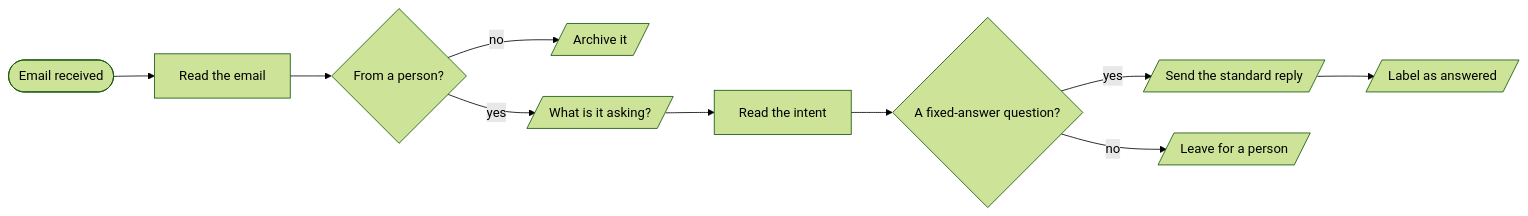
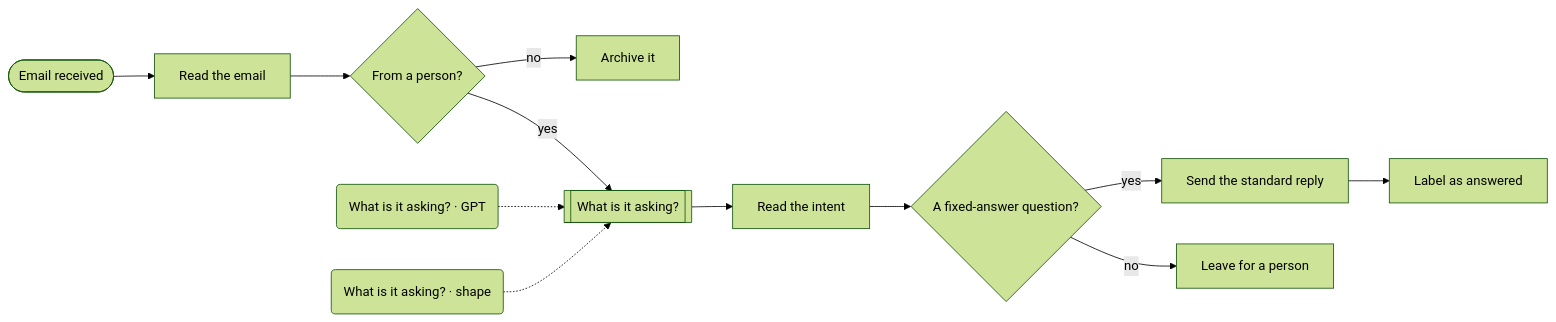
One commit to kimjoshuadr/n8n-workflows changed the second of 2 diagrams in workflows/support/README.md. Above: the diagram before and after it, drawn with Mermaid (forest theme). The commit also changed other lines of this file and 184 other files, not shown here.

Commit message:
Finish the move to named platforms: blocks, BambooHR, generated README, schema and platform marks

````diff
--- a/workflows/support/README.md
+++ b/workflows/support/README.md
@@ -55,22 +51,26 @@
 ```mermaid
 flowchart LR
   njpc3ik(["Email received"])
   nmfmdm["Read the email"]
   n1e03a2k{"From a person?"}
-  n10awmnk[/"Archive it"/]
-  n1ee88yq[/"What is it asking?"/]
+  n10awmnk["Archive it"]
+  n1ee88yq[["What is it asking?"]]
+  njj5nj8("What is it asking? · GPT")
+  niwtcu2("What is it asking? · shape")
   nl8ilta["Read the intent"]
   ne3q9me{"A fixed-answer question?"}
-  n1qwayuf[/"Send the standard reply"/]
-  nwhlkm0[/"Label as answered"/]
-  nlhr4ij[/"Leave for a person"/]
+  n1qwayuf["Send the standard reply"]
+  nwhlkm0["Label as answered"]
+  nlhr4ij["Leave for a person"]
   njpc3ik --> nmfmdm
   nmfmdm --> n1e03a2k
   n1e03a2k -->|yes| n1ee88yq
   n1ee88yq --> nl8ilta
   nl8ilta --> ne3q9me
   ne3q9me -->|yes| n1qwayuf
   n1qwayuf --> nwhlkm0
   n1e03a2k -->|no| n10awmnk
   ne3q9me -->|no| nlhr4ij
+  njj5nj8 -.-> n1ee88yq
+  niwtcu2 -.-> n1ee88yq
 ```
````
